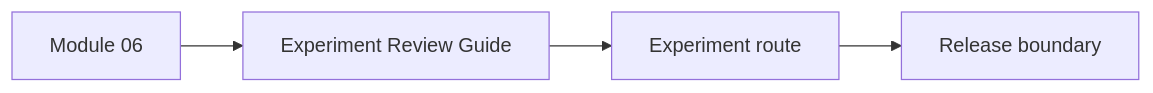
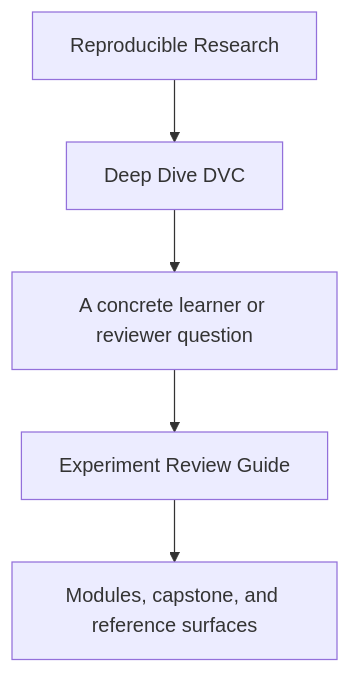
The first of 2 diagrams in programs/reproducible-research/deep-dive-dvc/course-book/guides/experiment-review-guide.md (bijux/bijux-masterclass), drawn with Mermaid before and after one commit. The commit also changed other lines of this file and 31 other files, not shown here.

Commit message:
docs(deep-dive-dvc): sharpen guide and reference diagrams

````diff
--- a/programs/reproducible-research/deep-dive-dvc/course-book/guides/experiment-review-guide.md
+++ b/programs/reproducible-research/deep-dive-dvc/course-book/guides/experiment-review-guide.md
@@ -6,9 +6,7 @@
 ```mermaid
-graph LR
-  module["Module 06"]
-  guide["Experiment Review Guide"]
-  capstone["Experiment route"]
-  release["Release boundary"]
-
-  module --> guide --> capstone --> release
+flowchart TD
+  family["Reproducible Research"] --> program["Deep Dive DVC"]
+  program --> pressure["A concrete learner or reviewer question"]
+  pressure --> guide["Experiment Review Guide"]
+  guide --> next["Modules, capstone, and reference surfaces"]
 ```
````
